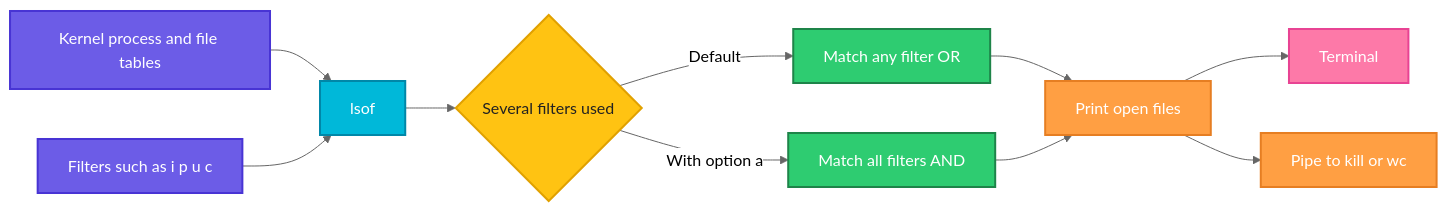
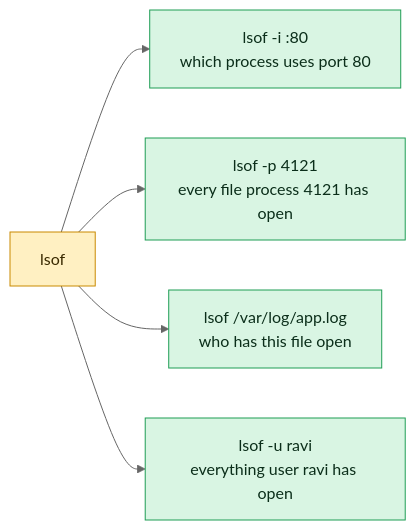
One commit to codeKerdosTech/DevOps-Documentation changed the diagram in linux/process-management/lsof.md. Above: the diagram before and after it, drawn with Mermaid (neutral theme). The commit also changed other lines of this file and 165 other files, not shown here.

Commit message:
updated diagrams in linux

````diff
--- a/linux/process-management/lsof.md
+++ b/linux/process-management/lsof.md
@@ -29,26 +29,14 @@
 ```mermaid
 flowchart LR
-    A[Kernel process and file tables] --> B[lsof]
-    C[Filters such as i p u c] --> B
-    B --> D{Several filters used}
-    D -->|Default| E[Match any filter OR]
-    D -->|With option a| F[Match all filters AND]
-    E --> G[Print open files]
-    F --> G
-    G --> H[Terminal]
-    G --> I[Pipe to kill or wc]
-    classDef start fill:#6C5CE7,stroke:#4834D4,stroke-width:2px,color:#fff
-    classDef proc fill:#00B8D9,stroke:#0087A8,stroke-width:2px,color:#fff
-    classDef dec fill:#FFC312,stroke:#E1A100,stroke-width:2px,color:#222
-    classDef ok fill:#2ECC71,stroke:#1E8449,stroke-width:2px,color:#fff
-    classDef err fill:#FF4757,stroke:#C0392B,stroke-width:2px,color:#fff
-    classDef out fill:#FD79A8,stroke:#E84393,stroke-width:2px,color:#fff
-    classDef alt fill:#FF9F43,stroke:#E67E22,stroke-width:2px,color:#fff
-    class A,C start
-    class B proc
-    class D dec
-    class E,F ok
-    class G alt
-    class H out
-    class I alt
+    c1[lsof] --> o1[lsof -i :80<br/>which process uses port 80]
+    c1 --> o2[lsof -p 4121<br/>every file process 4121 has open]
+    c1 --> o3[lsof /var/log/app.log<br/>who has this file open]
+    c1 --> o4[lsof -u ravi<br/>everything user ravi has open]
+    classDef inp fill:#DCEBFF,stroke:#2F6FDE,color:#10213F
+    classDef cmd fill:#FFF0C2,stroke:#C98A00,color:#3A2A00
+    classDef out fill:#D9F5E3,stroke:#1F9D55,color:#0B2E1A
+    classDef bad fill:#FDE0E0,stroke:#D13B3B,color:#4A0F0F
+    classDef note fill:#ECEFF3,stroke:#7B8794,color:#1F2933
+    class c1 cmd
+    class o1,o2,o3,o4 out
 ```
````
